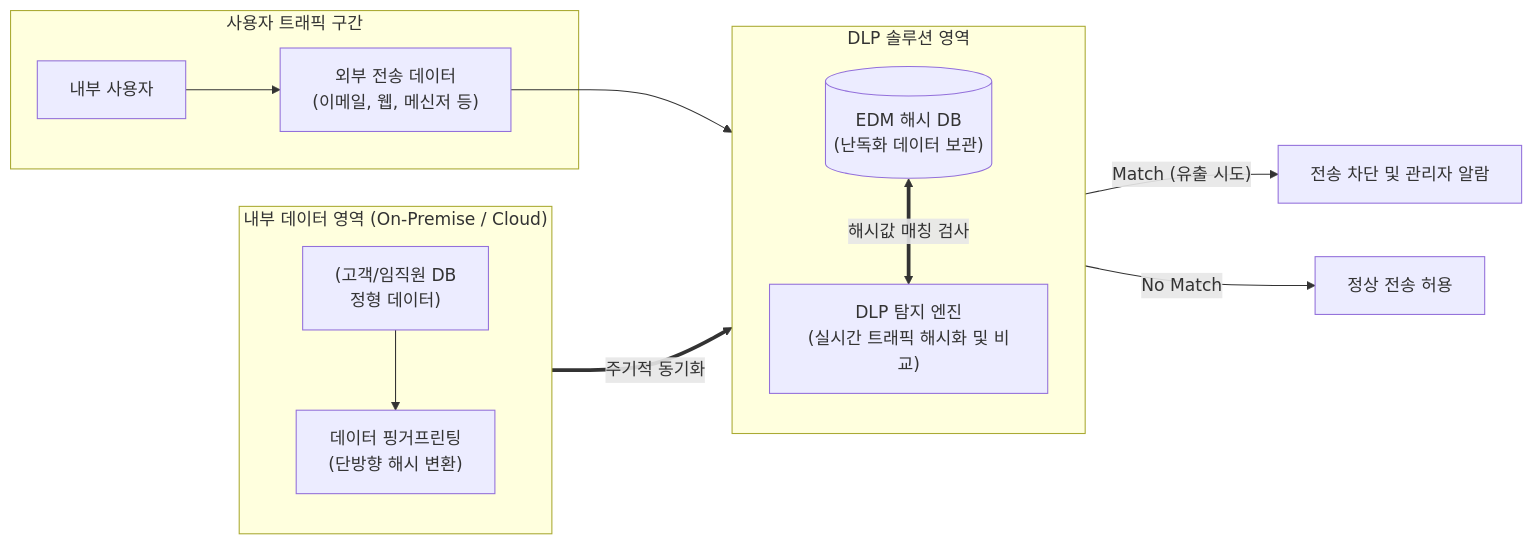
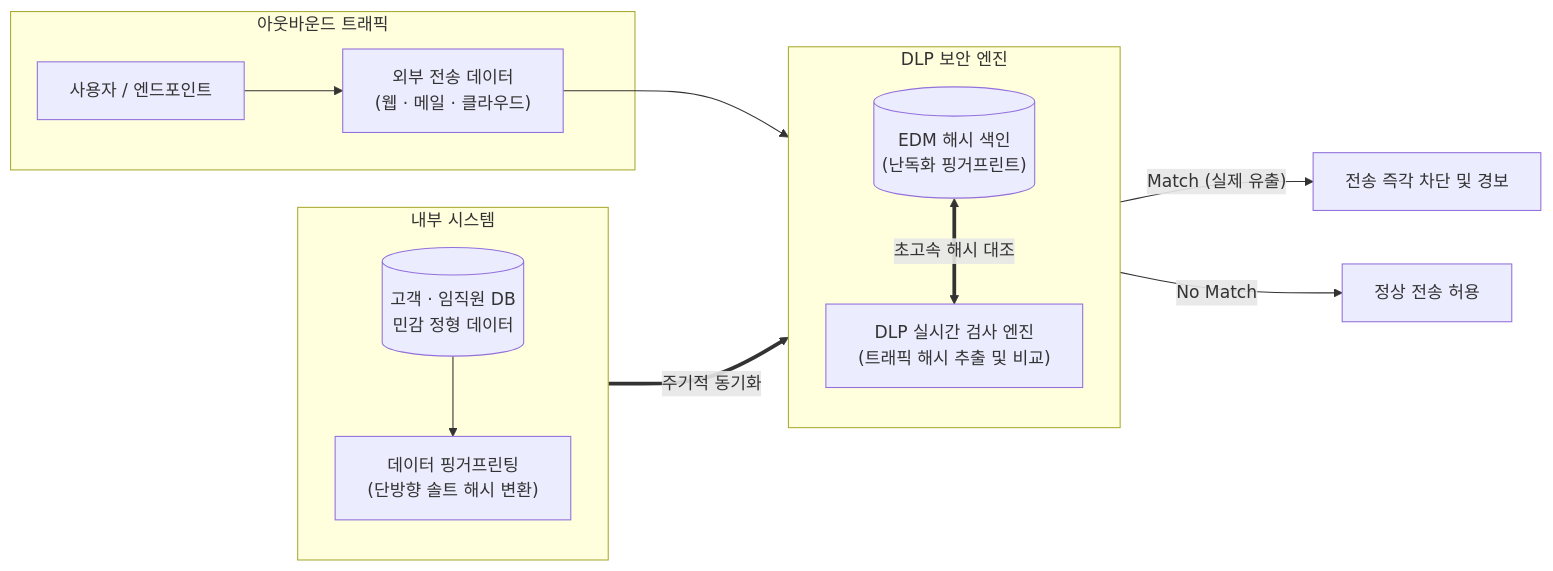
Before and after one commit to supremethumb/supremethumb.github.io: the diagram in content/01_IT Tech/EDM.md, drawn with Mermaid. The commit also changed other lines of this file and 362 other files, not shown here.

````diff
--- a/content/01_IT Tech/EDM.md
+++ b/content/01_IT Tech/EDM.md
@@ -27,33 +36,27 @@
 ```mermaid
 flowchart LR
-    subgraph Source["내부 데이터 영역 (On-Premise / Cloud)"]
+    subgraph Internal ["내부 시스템"]
         direction TB
-        DB["(고객/임직원 DB<br/>정형 데이터)"]
-        Hash1["데이터 핑거프린팅<br/>(단방향 해시 변환)"]
-        
-        DB --> Hash1
+        DB[("고객 · 임직원 DB<br/>민감 정형 데이터")]
+        Hash["데이터 핑거프린팅<br/>(단방향 솔트 해시 변환)"]
+        DB --> Hash
     end
     
-    subgraph DLP["DLP 솔루션 영역"]
+    subgraph DLP_Sys ["DLP 보안 엔진"]
         direction TB
-        EDM_DB[("EDM 해시 DB<br/>(난독화 데이터 보관)")]
-        Engine["DLP 탐지 엔진<br/>(실시간 트래픽 해시화 및 비교)"]
-        
-        EDM_DB <== "해시값 매칭 검사" ==> Engine
+        EDM_DB[("EDM 해시 색인<br/>(난독화 핑거프린트)")]
+        Engine["DLP 실시간 검사 엔진<br/>(트래픽 해시 추출 및 비교)"]
+        EDM_DB <== "초고속 해시 대조" ==> Engine
     end
     
-    subgraph Network["사용자 트래픽 구간"]
-        User["내부 사용자"]
-        Traffic["외부 전송 데이터<br/>(이메일, 웹, 메신저 등)"]
-        
+    subgraph Egress ["아웃바운드 트래픽"]
+        User["사용자 / 엔드포인트"]
+        Traffic["외부 전송 데이터<br/>(웹 · 메일 · 클라우드)"]
         User --> Traffic
     end
     
-    Hash1 == "주기적 동기화" ==> EDM_DB
+    Hash == "주기적 동기화" ==> EDM_DB
     Traffic --> Engine
-    
-    Engine -->|"Match (유출 시도)"| Block["전송 차단 및 관리자 알람"]
-    Engine -->|No Match| Pass["정상 전송 허용"]
-
-
+    Engine -->|"Match (실제 유출)"| Block["전송 즉각 차단 및 경보"]
+    Engine -->|"No Match"| Pass["정상 전송 허용"]
 ```
````
